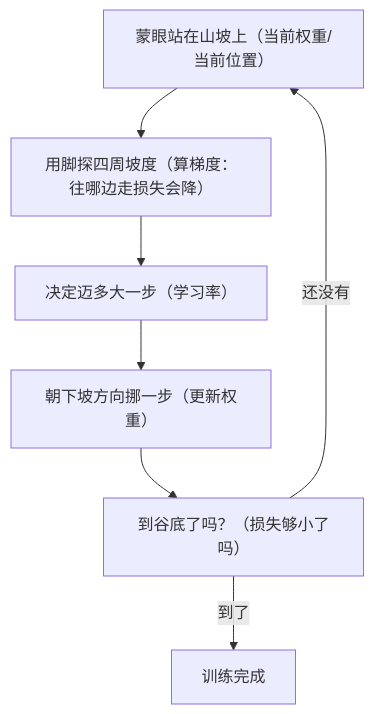
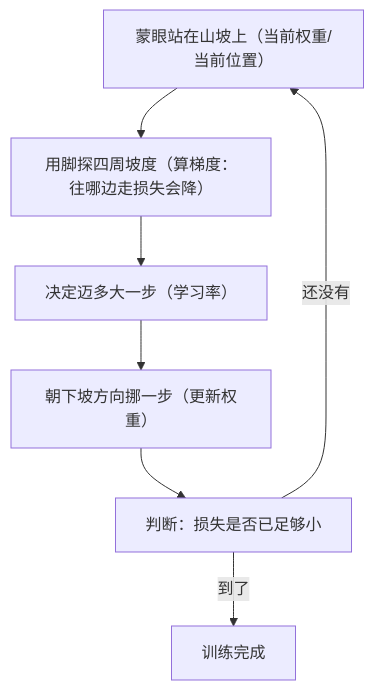
One commit to xxxAndlk/AI_Agent_Learning_path changed the first of 2 diagrams in 02.AI底层基础/第04课_深度学习训练/第04课.md. Above: the diagram before and after it, drawn with Mermaid. The commit also changed other lines of this file and 4 other files, not shown here.

````diff
--- a/02.AI底层基础/第04课_深度学习训练/第04课.md
+++ b/02.AI底层基础/第04课_深度学习训练/第04课.md
@@ -35,9 +33,9 @@
 ```mermaid
 flowchart TD
     A["蒙眼站在山坡上（当前权重/当前位置）"] --> B["用脚探四周坡度（算梯度：往哪边走损失会降）"]
     B --> C["决定迈多大一步（学习率）"]
     C --> D["朝下坡方向挪一步（更新权重）"]
-    D --> E["到谷底了吗？（损失够小了吗）"]
+    D --> E["判断：损失是否已足够小"]
     E -- "还没有" --> A
     E -- "到了" --> F["训练完成"]
 ```
````
